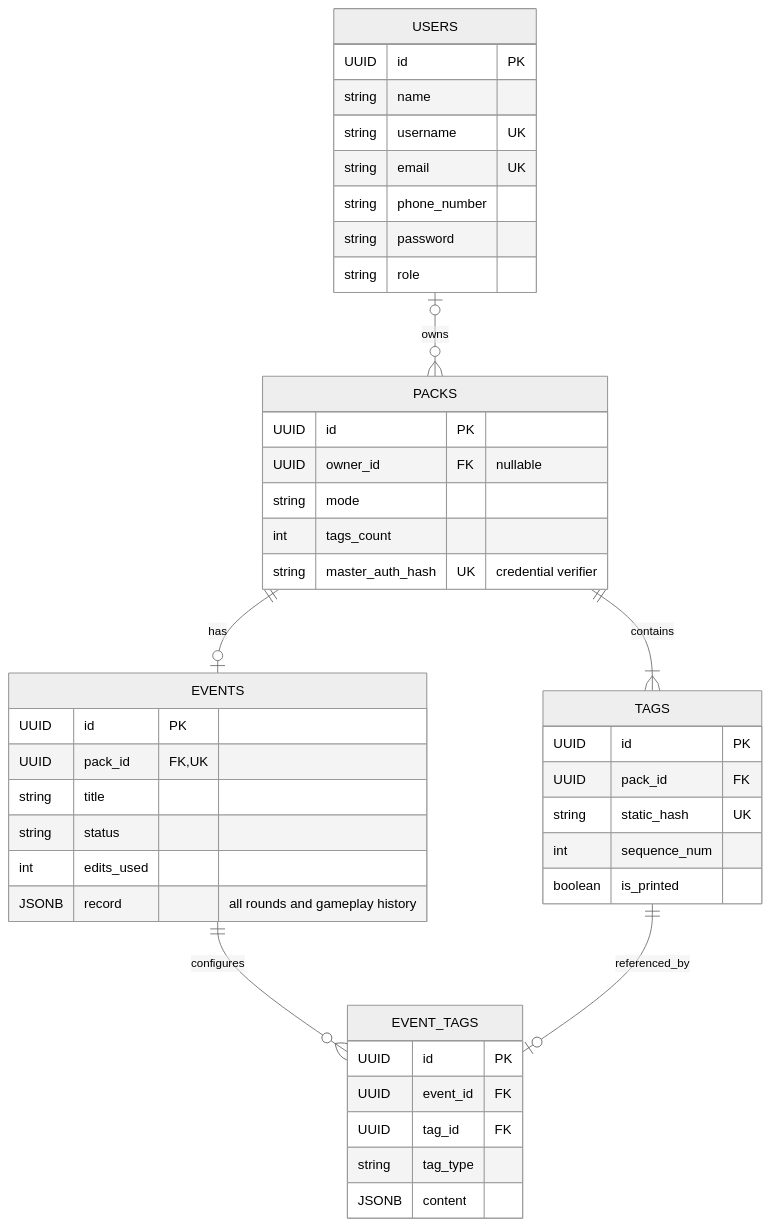
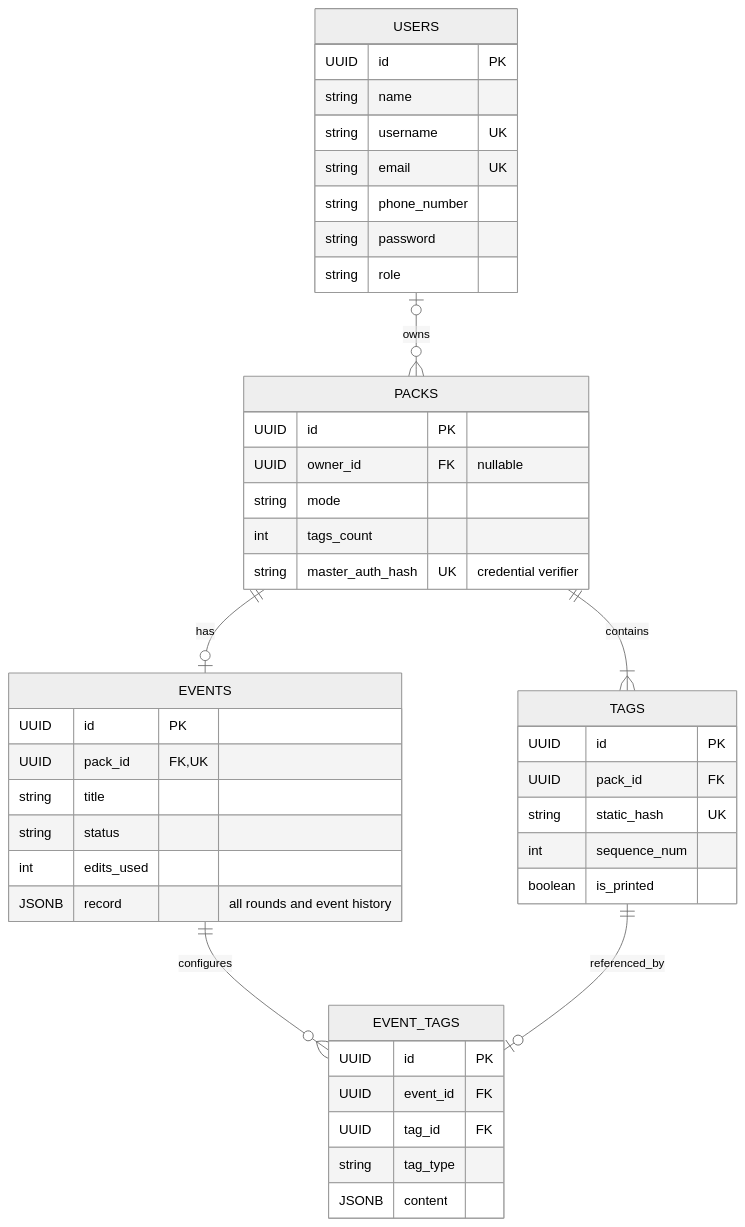
The second of 8 diagrams in Mentors/Stages/Stage3/README.md (iEmanHamdan/Raccon), drawn with Mermaid (neutral theme) before and after one commit. The commit also changed other lines of this file, not shown here.

````diff
--- a/Mentors/Stages/Stage3/README.md
+++ b/Mentors/Stages/Stage3/README.md
@@ -721,46 +721,46 @@
 ```mermaid
 erDiagram
     USERS |o--o{ PACKS : owns
     PACKS ||--|{ TAGS : contains
     PACKS ||--o| EVENTS : has
     EVENTS ||--o{ EVENT_TAGS : configures
     TAGS ||--o| EVENT_TAGS : referenced_by
     USERS {
         UUID id PK
         string name
         string username UK
         string email UK
         string phone_number
         string password
         string role
     }
     PACKS {
         UUID id PK
         UUID owner_id FK "nullable"
         string mode
         int tags_count
         string master_auth_hash UK "credential verifier"
     }
     TAGS {
         UUID id PK
         UUID pack_id FK
         string static_hash UK
         int sequence_num
         boolean is_printed
     }
     EVENTS {
         UUID id PK
         UUID pack_id FK,UK
         string title
         string status
         int edits_used
-        JSONB record "all rounds and gameplay history"
+        JSONB record "all rounds and event history"
     }
     EVENT_TAGS {
         UUID id PK
         UUID event_id FK
         UUID tag_id FK
         string tag_type
         JSONB content
     }
 ```
````
